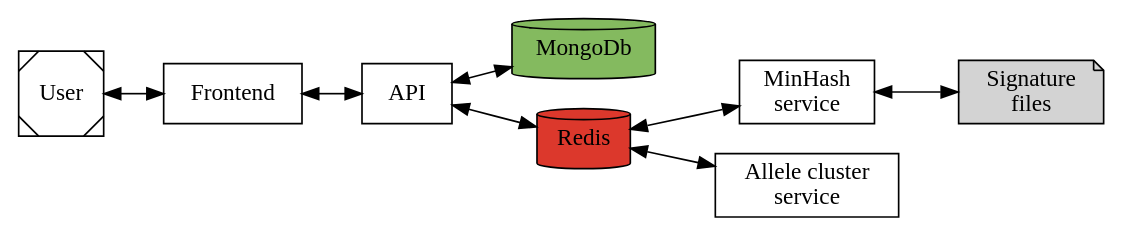
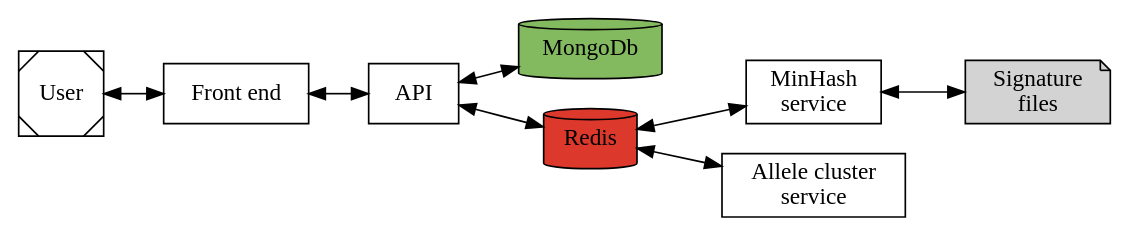
One commit to Clinical-Genomics-Lund/bonsai changed the diagram in docs/source/dev/index.rst. Above: the diagram before and after it, drawn with Graphviz. The commit also changed other lines of this file and 21 other files, not shown here.

```diff
--- a/docs/source/dev/index.rst
+++ b/docs/source/dev/index.rst
@@ -6,28 +6,28 @@
 .. graphviz:: 
     :caption: Overview of Bonsai software stack.
 
     digraph bonsai {
         rankdir="LR";
         
         edge [dir=both]
 
         user [shape=Msquare; label=User]
         
         mongo_db [shape=cylinder; style=filled; fillcolor="#84ba5f"; label=MongoDb]
         redis_db [shape=cylinder; style=filled; fillcolor="#dc382c"; label=Redis]
         
-        frontend [shape=box; label=Frontend]
+        frontend [shape=box; label="Front end"]
         api [shape=box; label=API]
         minhash [shape=box; label="MinHash\nservice"]
         cluster [shape=box; label="Allele cluster\nservice"]
         
         signatures [shape=note; style="filled"; fillcolor="lightgrey"; label="Signature\nfiles"]
         
         
         // arrows
         user -> frontend -> api
 
         api -> mongo_db
         api -> redis_db -> minhash -> signatures
         redis_db -> cluster
     }
```
